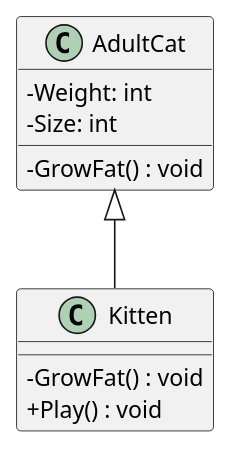
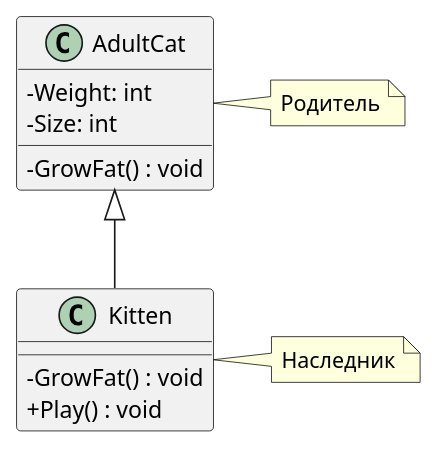
One commit to PopkovAYu/Notes changed the eighth of 8 diagrams in Notes/Notes/Системная аналитика/Курсы от нетологии/Раздел 3. Анализ требований/6. UML. Диаграмма классов.md. Above: the diagram before and after it, drawn with PlantUML. The commit also changed 1 other file, not shown here.

Commit message:
vault backup: 2024-04-23 12:03:22
Affected files:
.obsidian/workspace.json
Notes/Notes/Системная аналитика/Курсы от нетологии/Раздел 3. Анализ требований/6. UML. Диаграмма классов.md

````diff
--- a/Notes/Notes/Системная аналитика/Курсы от нетологии/Раздел 3. Анализ требований/6. UML. Диаграмма классов.md
+++ b/Notes/Notes/Системная аналитика/Курсы от нетологии/Раздел 3. Анализ требований/6. UML. Диаграмма классов.md
@@ -172,18 +172,21 @@
 ```plantuml
 @startuml
 skinparam classAttributeIconSize 0
 class AdultCat {
 	-Weight: int
 	-Size: int
 	-GrowFat() : void
 }
 
 class Kitten {
 	-GrowFat() : void
 	+Play() : void
 }
 
 AdultCat <|-- Kitten
 
+note right of AdultCat : Родитель
+note right of Kitten: Наследник
+
 @enduml
 ```
````
